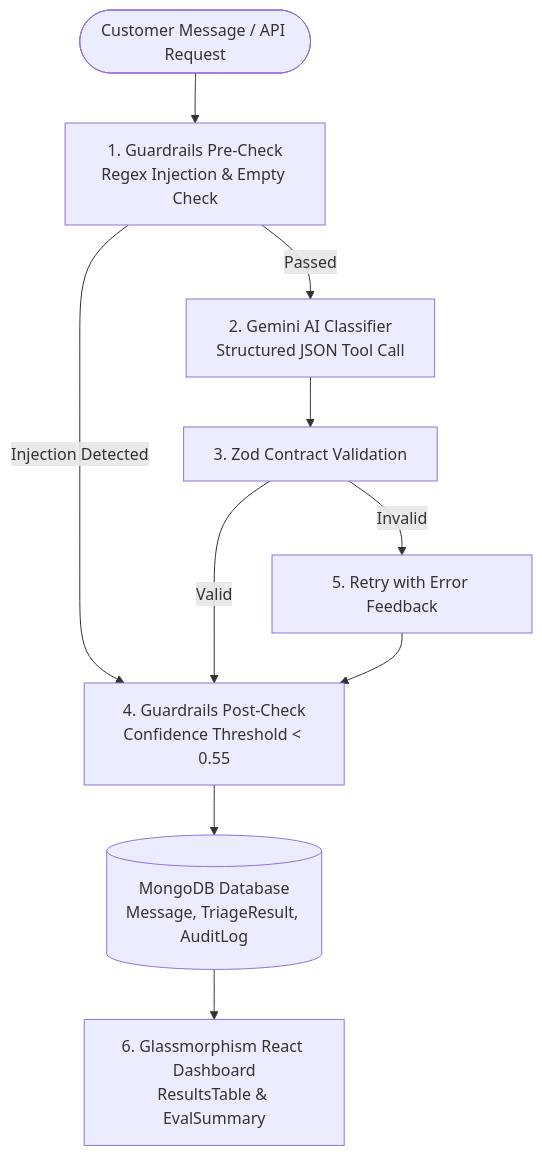
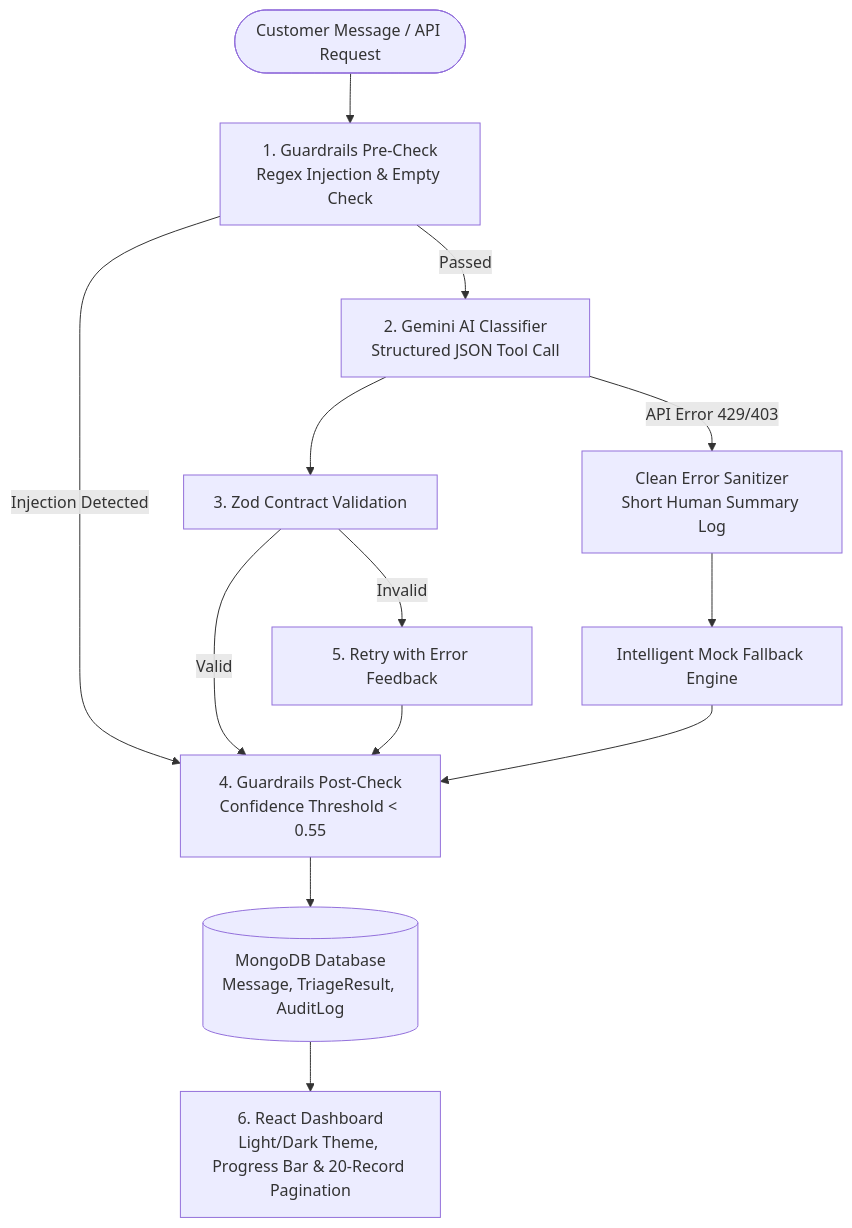
The diagram in README.md (parthsoni10/FRONTLINE), drawn with Mermaid before and after one commit. The commit also changed other lines of this file, not shown here.

Commit message:
Update README.md to document Light/Dark theme switching, task progress bar UX, 20-record pagination, and sanitized API telemetry

````diff
--- a/README.md
+++ b/README.md
@@ -53,12 +58,15 @@
 ```mermaid
 graph TD
     User([Customer Message / API Request]) --> PreCheck[1. Guardrails Pre-Check<br/>Regex Injection & Empty Check]
     PreCheck -->|Passed| Classifier[2. Gemini AI Classifier<br/>Structured JSON Tool Call]
     PreCheck -->|Injection Detected| PostCheck
+    Classifier -->|API Error 429/403| SanitizeErr[Clean Error Sanitizer<br/>Short Human Summary Log]
+    SanitizeErr --> FallbackEngine[Intelligent Mock Fallback Engine]
     Classifier --> ZodVal[3. Zod Contract Validation]
     ZodVal -->|Valid| PostCheck[4. Guardrails Post-Check<br/>Confidence Threshold < 0.55]
     ZodVal -->|Invalid| Retry[5. Retry with Error Feedback]
     Retry --> PostCheck
+    FallbackEngine --> PostCheck
     PostCheck --> DB[(MongoDB Database<br/>Message, TriageResult, AuditLog)]
-    DB --> ReactUI[6. Glassmorphism React Dashboard<br/>ResultsTable & EvalSummary]
+    DB --> ReactUI[6. React Dashboard<br/>Light/Dark Theme, Progress Bar & 20-Record Pagination]
 ```
````
